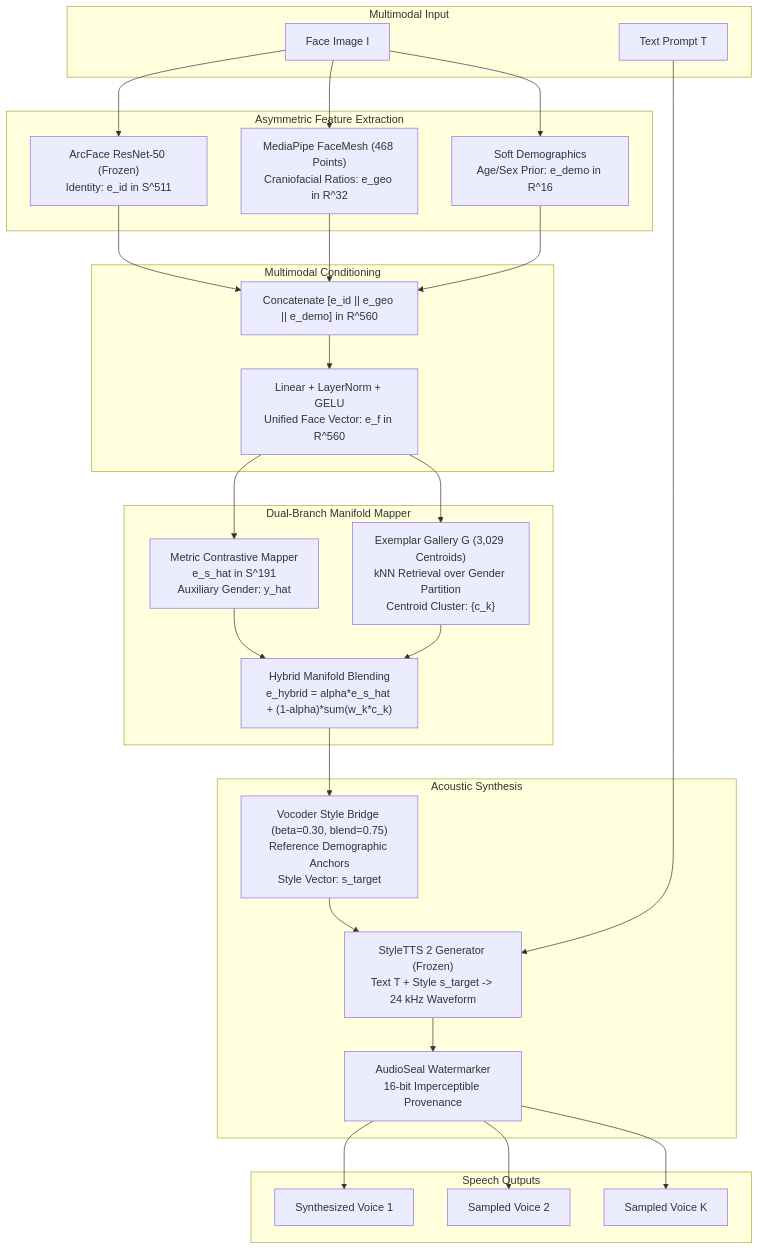
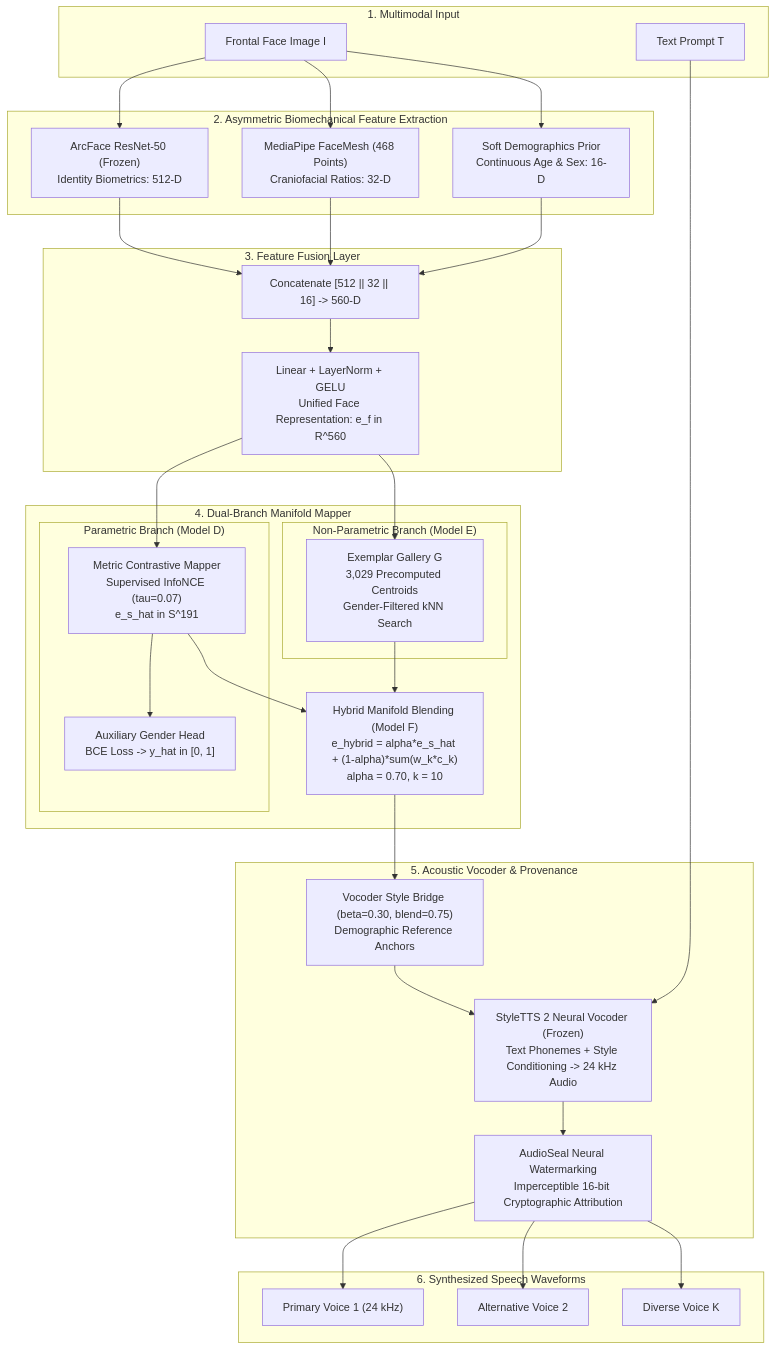
One commit to AdityaWagh19/Voix-F2S-System changed the third of 4 diagrams in README.md. Above: the diagram before and after it, drawn with Mermaid. The commit also changed other lines of this file, not shown here.

Commit message:
docs(readme): add interactive mermaid diagrams, intuitive ablation explanations, and comprehensive benchmark analysis

````diff
--- a/README.md
+++ b/README.md
@@ -82,58 +71,64 @@
 ```mermaid
 flowchart TD
-    subgraph INPUT["Multimodal Input"]
-        IMG["Face Image I"]
+    subgraph INPUT["1. Multimodal Input"]
+        IMG["Frontal Face Image I"]
         TXT["Text Prompt T"]
     end
 
-    subgraph ENCODING["Asymmetric Feature Extraction"]
-        AF["ArcFace ResNet-50 (Frozen)<br/>Identity: e_id in S^511"]
-        FM["MediaPipe FaceMesh (468 Points)<br/>Craniofacial Ratios: e_geo in R^32"]
-        SD["Soft Demographics<br/>Age/Sex Prior: e_demo in R^16"]
+    subgraph ENCODING["2. Asymmetric Biomechanical Feature Extraction"]
+        AF["ArcFace ResNet-50 (Frozen)<br/>Identity Biometrics: 512-D"]
+        FM["MediaPipe FaceMesh (468 Points)<br/>Craniofacial Ratios: 32-D"]
+        SD["Soft Demographics Prior<br/>Continuous Age & Sex: 16-D"]
     end
 
     IMG --> AF
     IMG --> FM
     IMG --> SD
 
-    subgraph FUSION["Multimodal Conditioning"]
-        CAT["Concatenate [e_id || e_geo || e_demo] in R^560"]
-        PROJ["Linear + LayerNorm + GELU<br/>Unified Face Vector: e_f in R^560"]
+    subgraph FUSION["3. Feature Fusion Layer"]
+        CAT["Concatenate [512 || 32 || 16] -> 560-D"]
+        PROJ["Linear + LayerNorm + GELU<br/>Unified Face Representation: e_f in R^560"]
         CAT --> PROJ
     end
 
     AF --> CAT
     FM --> CAT
     SD --> CAT
 
-    subgraph MAPPER["Dual-Branch Manifold Mapper"]
-        CONT["Metric Contrastive Mapper<br/>e_s_hat in S^191<br/>Auxiliary Gender: y_hat"]
-        GALLERY["Exemplar Gallery G (3,029 Centroids)<br/>kNN Retrieval over Gender Partition<br/>Centroid Cluster: {c_k}"]
-        HYBRID["Hybrid Manifold Blending<br/>e_hybrid = alpha*e_s_hat + (1-alpha)*sum(w_k*c_k)"]
+    subgraph MAPPER["4. Dual-Branch Manifold Mapper"]
+        subgraph PARAMETRIC["Parametric Branch (Model D)"]
+            CONT["Metric Contrastive Mapper<br/>Supervised InfoNCE (tau=0.07)<br/>e_s_hat in S^191"]
+            GEND["Auxiliary Gender Head<br/>BCE Loss -> y_hat in [0, 1]"]
+            CONT --> GEND
+        end
+        subgraph RETRIEVAL["Non-Parametric Branch (Model E)"]
+            GALLERY["Exemplar Gallery G<br/>3,029 Precomputed Centroids<br/>Gender-Filtered kNN Search"]
+        end
+        HYBRID["Hybrid Manifold Blending (Model F)<br/>e_hybrid = alpha*e_s_hat + (1-alpha)*sum(w_k*c_k)<br/>alpha = 0.70, k = 10"]
         CONT --> HYBRID
         GALLERY --> HYBRID
     end
 
     PROJ --> CONT
     PROJ --> GALLERY
 
-    subgraph SYNTHESIS["Acoustic Synthesis"]
-        BRIDGE["Vocoder Style Bridge (beta=0.30, blend=0.75)<br/>Reference Demographic Anchors<br/>Style Vector: s_target"]
-        TTS["StyleTTS 2 Generator (Frozen)<br/>Text T + Style s_target -> 24 kHz Waveform"]
-        SEAL["AudioSeal Watermarker<br/>16-bit Imperceptible Provenance"]
+    subgraph SYNTHESIS["5. Acoustic Vocoder & Provenance"]
+        BRIDGE["Vocoder Style Bridge (beta=0.30, blend=0.75)<br/>Demographic Reference Anchors"]
+        TTS["StyleTTS 2 Neural Vocoder (Frozen)<br/>Text Phonemes + Style Conditioning -> 24 kHz Audio"]
+        SEAL["AudioSeal Neural Watermarking<br/>Imperceptible 16-bit Cryptographic Attribution"]
         HYBRID --> BRIDGE
         BRIDGE --> TTS
         TXT --> TTS
         TTS --> SEAL
     end
 
-    subgraph OUTPUT["Speech Outputs"]
-        V1["Synthesized Voice 1"]
-        V2["Sampled Voice 2"]
-        VK["Sampled Voice K"]
+    subgraph OUTPUT["6. Synthesized Speech Waveforms"]
+        V1["Primary Voice 1 (24 kHz)"]
+        V2["Alternative Voice 2"]
+        VK["Diverse Voice K"]
     end
 
     SEAL --> V1
     SEAL --> V2
     SEAL --> VK
 ```
````
